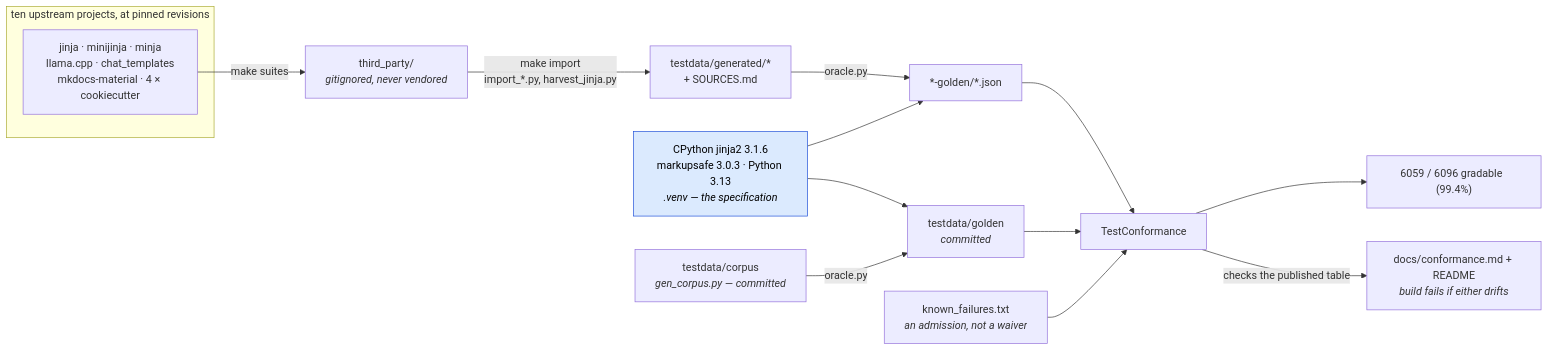
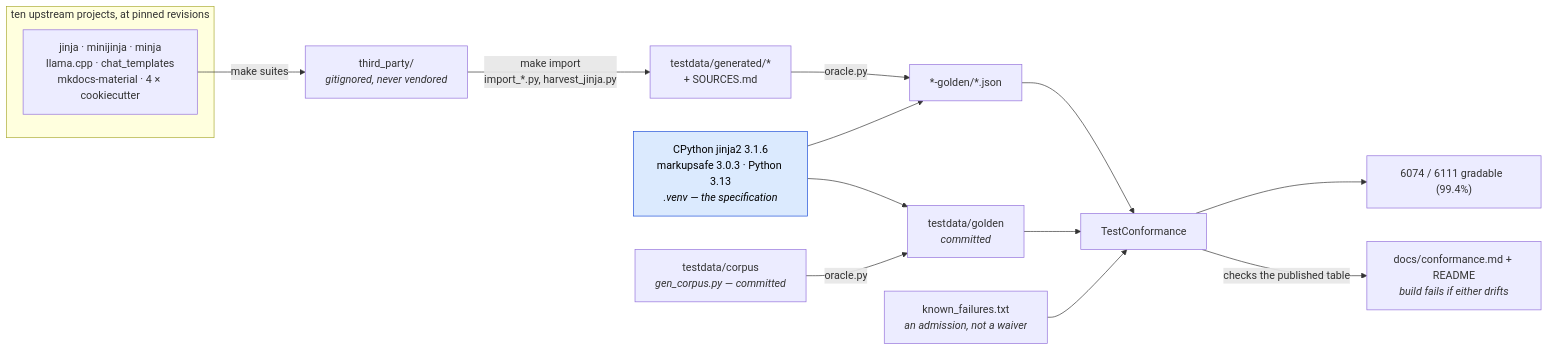
One commit to mgilbir/gojja2 changed the first of 2 diagrams in docs/conformance.md. Above: the diagram before and after it, drawn with Mermaid. The commit also changed other lines of this file and 53 other files, not shown here.

````diff
--- a/docs/conformance.md
+++ b/docs/conformance.md
@@ -17,24 +17,24 @@
 ```mermaid
 flowchart LR
     subgraph up["ten upstream projects, at pinned revisions"]
         U1["jinja · minijinja · minja<br/>llama.cpp · chat_templates<br/>mkdocs-material · 4 × cookiecutter"]
     end
     U1 -->|"make suites"| TP["third_party/<br/><i>gitignored, never vendored</i>"]
     TP -->|"make import<br/>import_*.py, harvest_jinja.py"| GEN["testdata/generated/*<br/>+ SOURCES.md"]
 
     ORA["CPython jinja2 3.1.6<br/>markupsafe 3.0.3 · Python 3.13<br/><i>.venv — the specification</i>"]
     GEN -->|"oracle.py"| G2["*-golden/*.json"]
     ORA --> G2
 
     OWN["testdata/corpus<br/><i>gen_corpus.py — committed</i>"] -->|"oracle.py"| G1["testdata/golden<br/><i>committed</i>"]
     ORA --> G1
 
     G1 --> TC["TestConformance"]
     G2 --> TC
     KF["known_failures.txt<br/><i>an admission, not a waiver</i>"] --> TC
-    TC --> RATE["6059 / 6096 gradable  (99.4%)"]
+    TC --> RATE["6074 / 6111 gradable  (99.4%)"]
     TC -->|"checks the published table"| RM["docs/conformance.md + README<br/><i>build fails if either drifts</i>"]
 
     classDef spec fill:#dbeafe,stroke:#1d4ed8,color:#000
     class ORA spec
 ```
````
